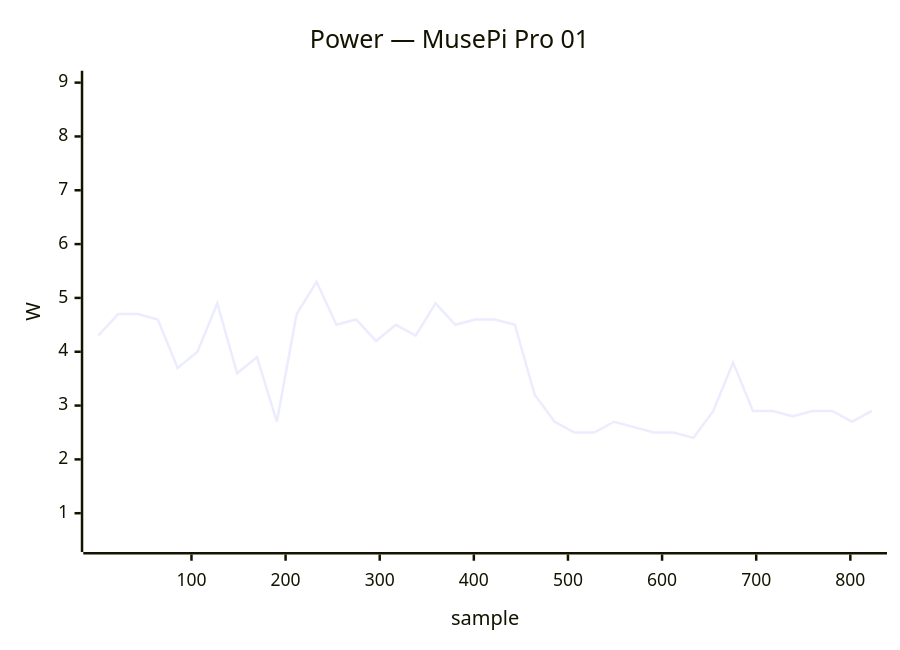
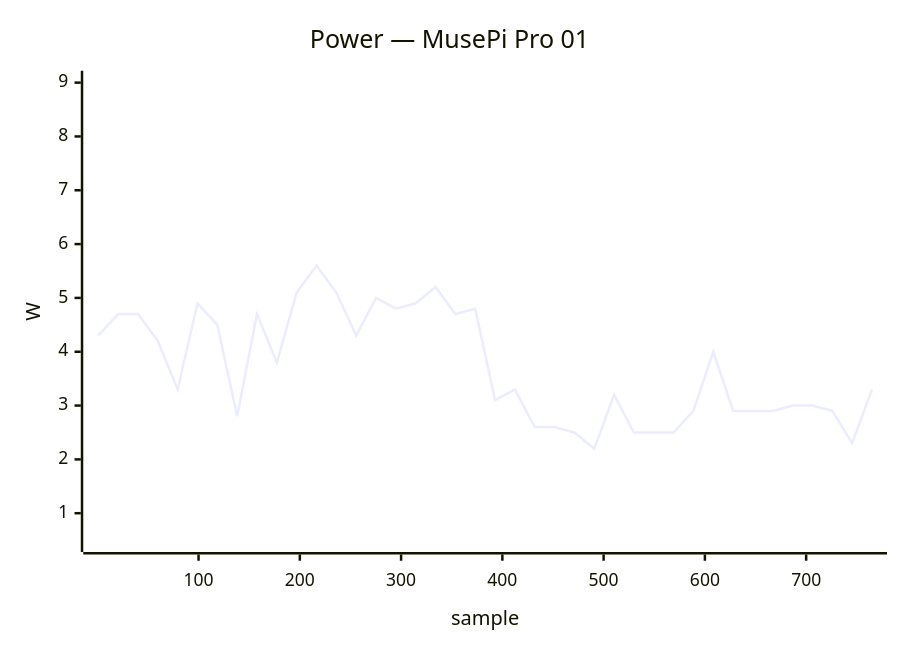
Diagram 19 of 50 in docs/status/board-tests.md (armbian/documentation), drawn with Mermaid before and after one commit. The commit also changed other lines of this file, not shown here.

````diff
--- a/docs/status/board-tests.md
+++ b/docs/status/board-tests.md
@@ -1033,7 +1069,7 @@
 ```mermaid
 xychart-beta
     title "Power — MusePi Pro 01"
-    x-axis "sample" 1 --> 823
+    x-axis "sample" 1 --> 765
     y-axis "W" 0.5 --> 9.0
-    line [4.3, 4.7, 4.7, 4.6, 3.7, 4.0, 4.9, 3.6, 3.9, 2.7, 4.7, 5.3, 4.5, 4.6, 4.2, 4.5, 4.3, 4.9, 4.5, 4.6, 4.6, 4.5, 3.2, 2.7, 2.5, 2.5, 2.7, 2.6, 2.5, 2.5, 2.4, 2.9, 3.8, 2.9, 2.9, 2.8, 2.9, 2.9, 2.7, 2.9]
+    line [4.3, 4.7, 4.7, 4.2, 3.3, 4.9, 4.5, 2.8, 4.7, 3.8, 5.1, 5.6, 5.1, 4.3, 5.0, 4.8, 4.9, 5.2, 4.7, 4.8, 3.1, 3.3, 2.6, 2.6, 2.5, 2.2, 3.2, 2.5, 2.5, 2.5, 2.9, 4.0, 2.9, 2.9, 2.9, 3.0, 3.0, 2.9, 2.3, 3.3]
 ```
````
